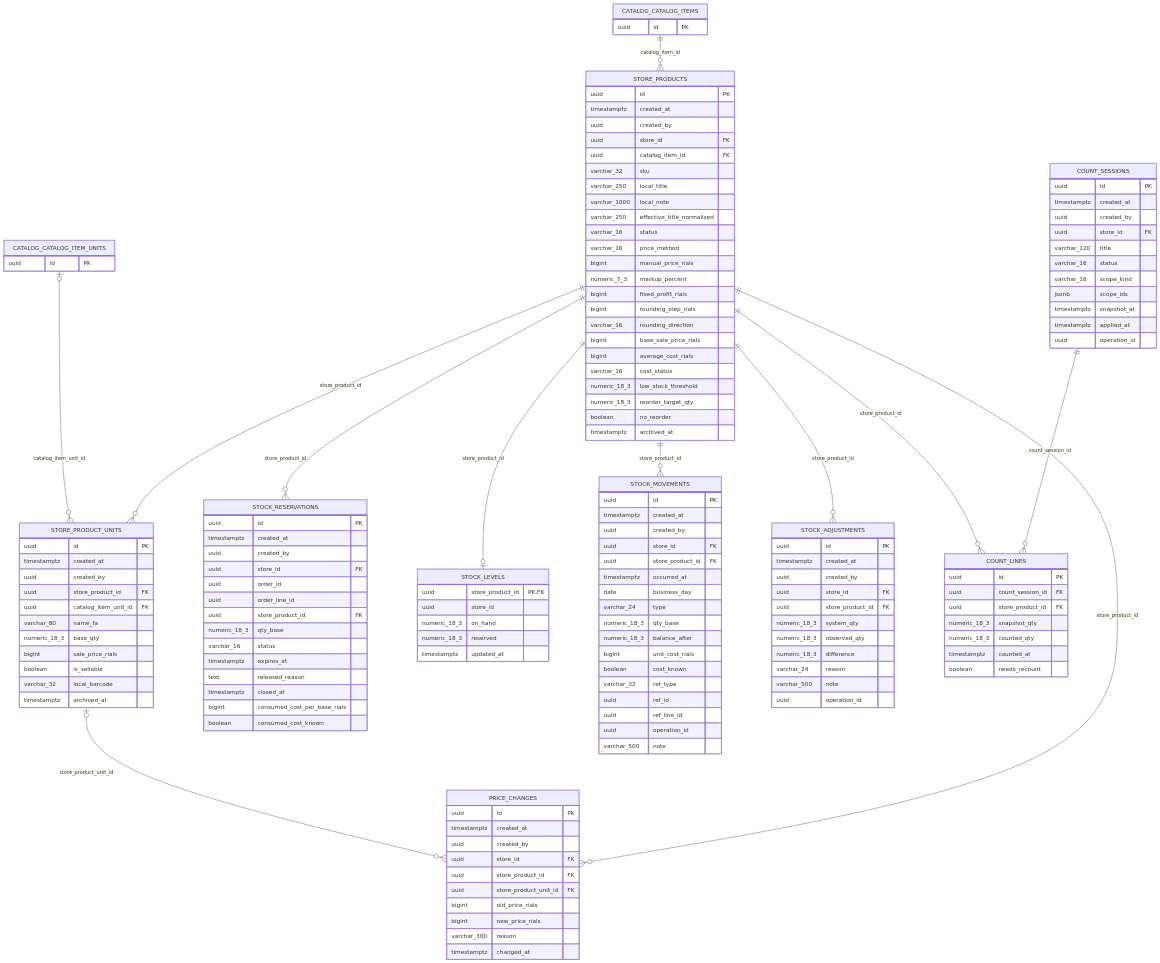
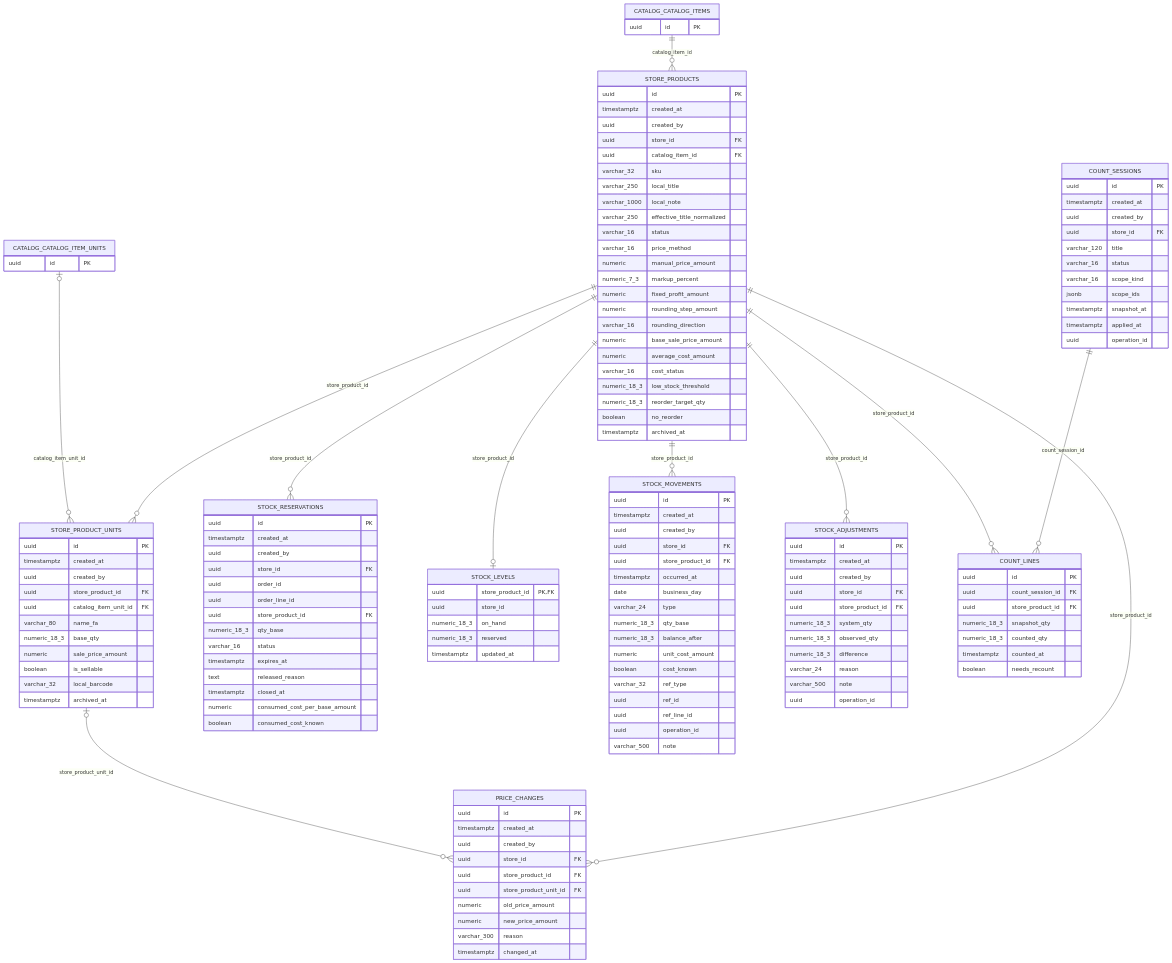
The fourth of 13 diagrams in docs/reference/backend/database.md (arefzamani9971/2kni-front-end), drawn with Mermaid before and after one commit. The commit also changed other lines of this file and 44 other files, not shown here.

```diff
--- a/docs/reference/backend/database.md
+++ b/docs/reference/backend/database.md
@@ -895,13 +895,13 @@
         varchar_250 effective_title_normalized
         varchar_16 status
         varchar_16 price_method
-        bigint manual_price_rials
+        numeric manual_price_amount
         numeric_7_3 markup_percent
-        bigint fixed_profit_rials
-        bigint rounding_step_rials
+        numeric fixed_profit_amount
+        numeric rounding_step_amount
         varchar_16 rounding_direction
-        bigint base_sale_price_rials
-        bigint average_cost_rials
+        numeric base_sale_price_amount
+        numeric average_cost_amount
         varchar_16 cost_status
         numeric_18_3 low_stock_threshold
         numeric_18_3 reorder_target_qty
@@ -916,7 +916,7 @@
         uuid catalog_item_unit_id FK
         varchar_80 name_fa
         numeric_18_3 base_qty
-        bigint sale_price_rials
+        numeric sale_price_amount
         boolean is_sellable
         varchar_32 local_barcode
         timestamptz archived_at
@@ -934,7 +934,7 @@
         timestamptz expires_at
         text released_reason
         timestamptz closed_at
-        bigint consumed_cost_per_base_rials
+        numeric consumed_cost_per_base_amount
         boolean consumed_cost_known
     }
     STOCK_LEVELS {
@@ -955,7 +955,7 @@
         varchar_24 type
         numeric_18_3 qty_base
         numeric_18_3 balance_after
-        bigint unit_cost_rials
+        numeric unit_cost_amount
         boolean cost_known
         varchar_32 ref_type
         uuid ref_id
@@ -970,8 +970,8 @@
         uuid store_id FK
         uuid store_product_id FK
         uuid store_product_unit_id FK
-        bigint old_price_rials
-        bigint new_price_rials
+        numeric old_price_amount
+        numeric new_price_amount
         varchar_300 reason
         timestamptz changed_at
     }
```
